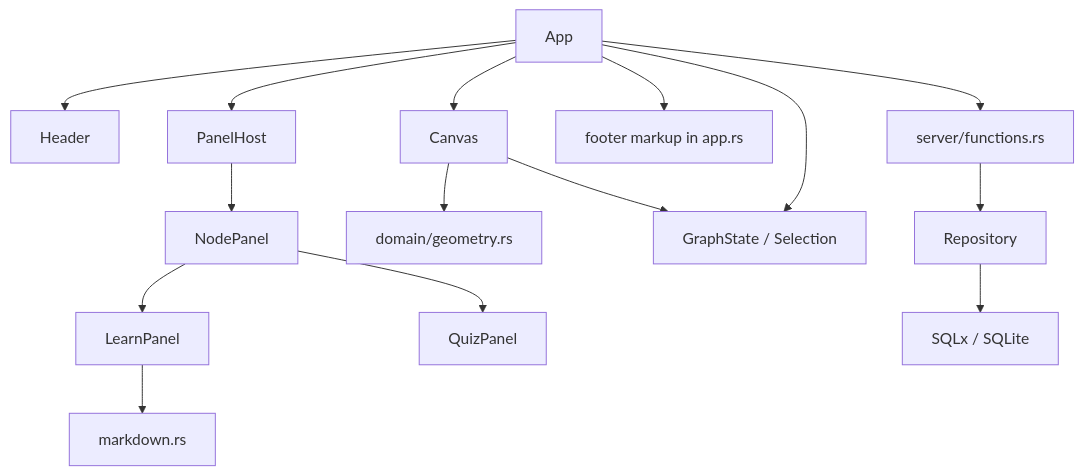
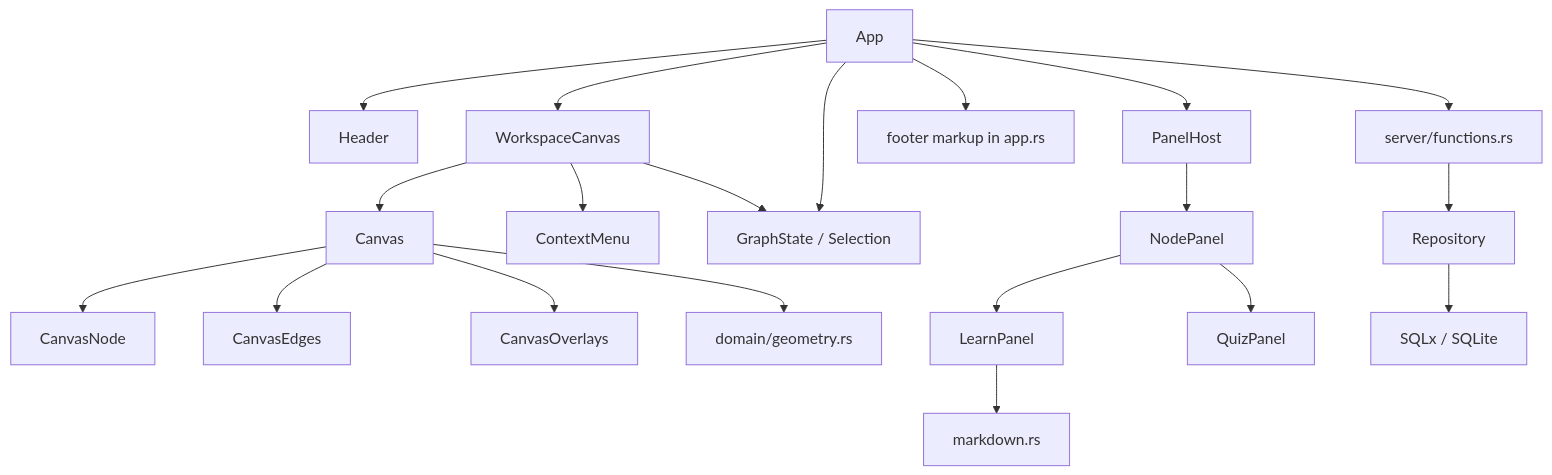
Before and after one commit to radmerales/learnai: the second of 2 diagrams in docs/system-map.md, drawn with Mermaid. The commit also changed other lines of this file and 18 other files, not shown here.

````diff
--- a/docs/system-map.md
+++ b/docs/system-map.md
@@ -166,17 +171,22 @@
 ```mermaid
 flowchart TD
     App --> Header
-    App --> Canvas
+    App --> WorkspaceCanvas
     App --> PanelHost
     App --> Footer["footer markup in app.rs"]
+    WorkspaceCanvas --> Canvas
+    WorkspaceCanvas --> ContextMenu
+    WorkspaceCanvas --> State["GraphState / Selection"]
+    Canvas --> CanvasNode
+    Canvas --> CanvasEdges
+    Canvas --> CanvasOverlays
+    Canvas --> Geometry["domain/geometry.rs"]
     PanelHost --> NodePanel
     NodePanel --> LearnPanel
     NodePanel --> QuizPanel
     LearnPanel --> Markdown["markdown.rs"]
-    Canvas --> Geometry["domain/geometry.rs"]
-    Canvas --> State["GraphState / Selection"]
     App --> State
     App --> Functions["server/functions.rs"]
     Functions --> Repository
     Repository --> DB["SQLx / SQLite"]
 ```
````
